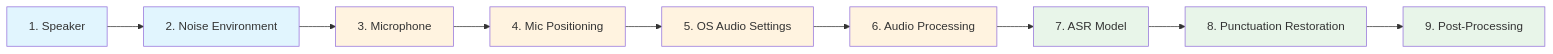
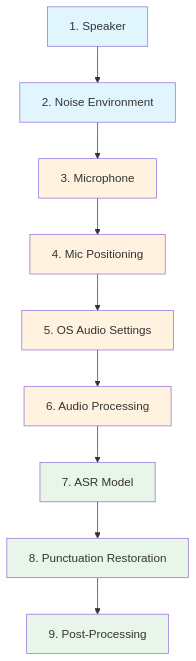
The diagram in README.md (danielrosehill/Speech-To-Text-Chain-Notes), drawn with Mermaid before and after one commit.

````diff
--- a/README.md
+++ b/README.md
@@ -7,21 +7,21 @@
 ```mermaid
-flowchart LR
+flowchart TD
     A[1. Speaker] --> B[2. Noise Environment]
     B --> C[3. Microphone]
     C --> D[4. Mic Positioning]
     D --> E[5. OS Audio Settings]
     E --> F[6. Audio Processing]
     F --> G[7. ASR Model]
     G --> H[8. Punctuation Restoration]
     H --> I[9. Post-Processing]
 
     style A fill:#e1f5fe
     style B fill:#e1f5fe
     style C fill:#fff3e0
     style D fill:#fff3e0
     style E fill:#fff3e0
     style F fill:#fff3e0
     style G fill:#e8f5e9
     style H fill:#e8f5e9
     style I fill:#e8f5e9
 ```
````
